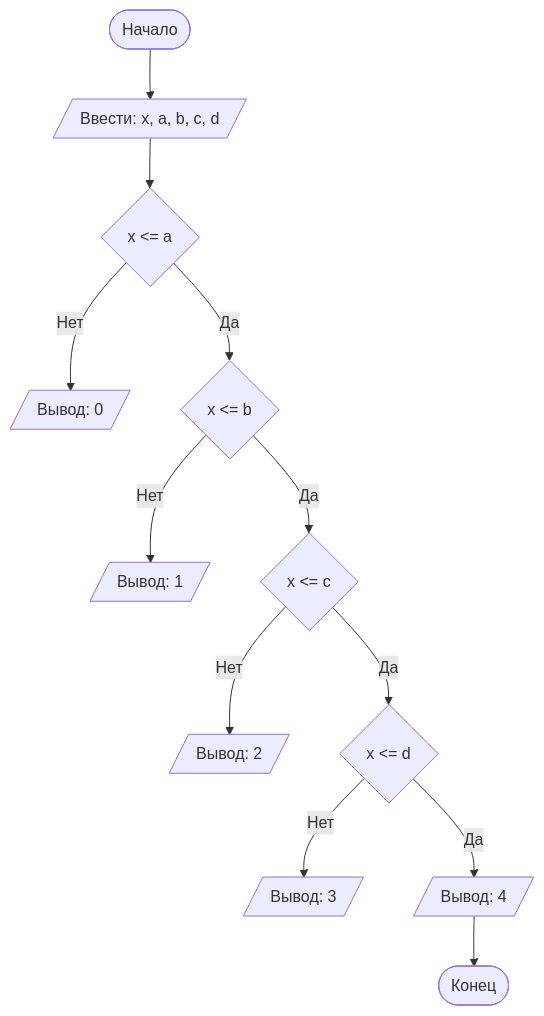
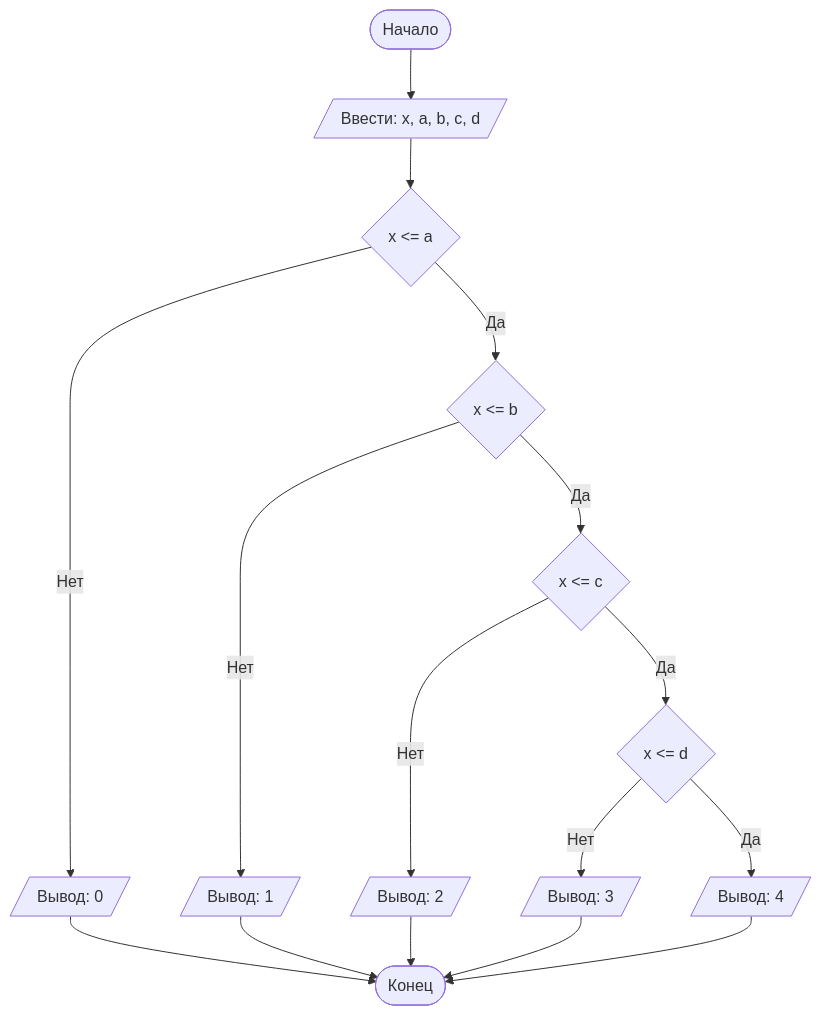
The diagram in README.md (abihuf/lab1), drawn with Mermaid before and after one commit.

````diff
--- a/README.md
+++ b/README.md
@@ -91,15 +91,19 @@
 ```mermaid
 graph TD
     A([Начало]) --> B[/Ввести: x, a, b, c, d/]
     B --> C{x <= a}
     C -- Нет --> D[/Вывод: 0/]
+    D --> Z([Конец])
     C -- Да --> E{x <= b}
     E -- Нет --> F[/Вывод: 1/]
+    F --> Z([Конец])
     E -- Да --> G{x <= c}
     G -- Нет --> H[/Вывод: 2/]
+    H --> Z([Конец])
     G -- Да --> I{x <= d}
     I -- Нет --> J[/Вывод: 3/]
+    J --> Z([Конец])
     I -- Да --> K[/Вывод: 4/]
     K --> Z([Конец])
 
 ```
````
